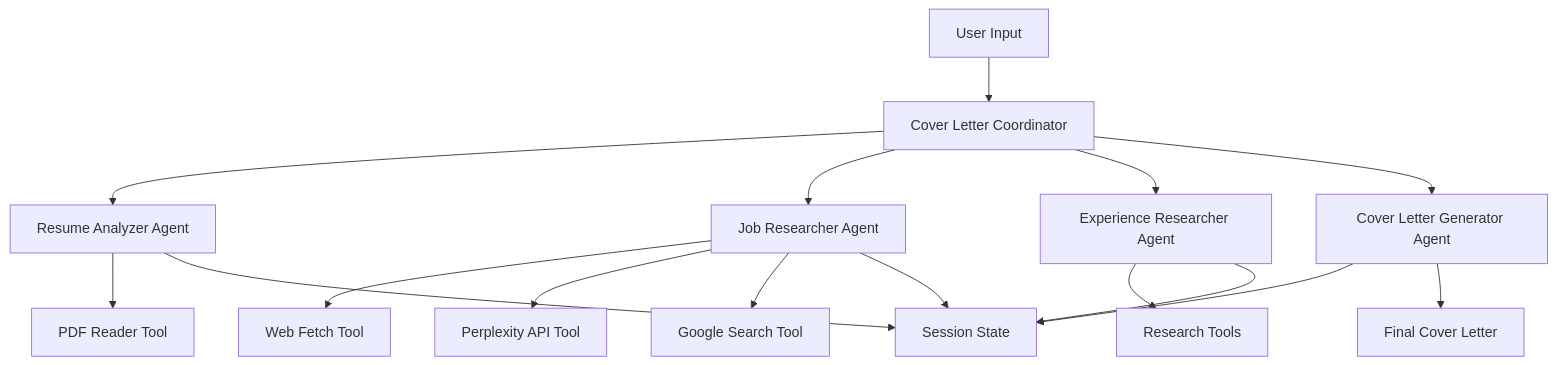
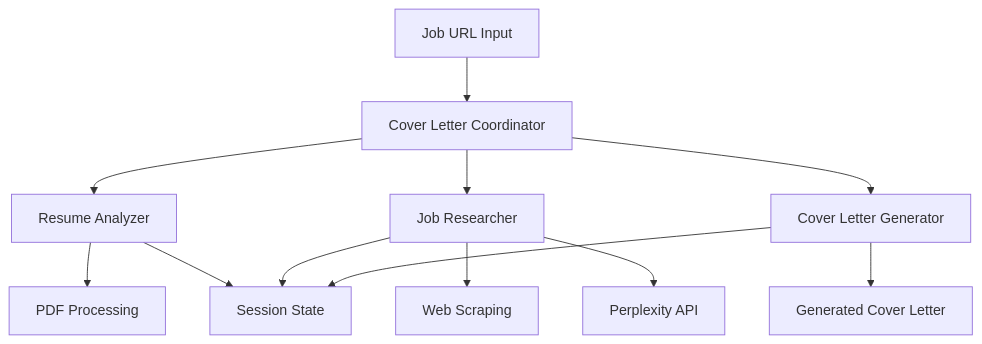
One commit to wei4r/covercraft-ai changed the diagram in README.md. Above: the diagram before and after it, drawn with Mermaid. The commit also changed other lines of this file and 1 other file, not shown here.

Commit message:
Refine README for GitHub and resume presentation

````diff
--- a/README.md
+++ b/README.md
@@ -33,20 +28,16 @@
 ```mermaid
 graph TD
-    A[User Input] --> B[Cover Letter Coordinator]
-    B --> C[Resume Analyzer Agent]
-    B --> D[Job Researcher Agent] 
-    B --> E[Experience Researcher Agent]
-    B --> F[Cover Letter Generator Agent]
+    A[Job URL Input] --> B[Cover Letter Coordinator]
+    B --> C[Resume Analyzer]
+    B --> D[Job Researcher] 
+    B --> E[Cover Letter Generator]
     
-    C --> G[PDF Reader Tool]
-    D --> H[Web Fetch Tool]
-    D --> I[Perplexity API Tool]
-    D --> J[Google Search Tool]
-    E --> K[Research Tools]
+    C --> F[PDF Processing]
+    D --> G[Web Scraping]
+    D --> H[Perplexity API]
     
-    C --> L[Session State]
-    D --> L
-    E --> L
-    F --> L
-    F --> M[Final Cover Letter]
+    C --> I[Session State]
+    D --> I
+    E --> I
+    E --> J[Generated Cover Letter]
 ```
````
